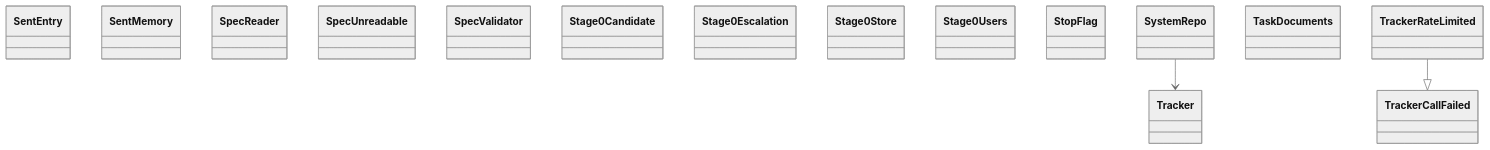
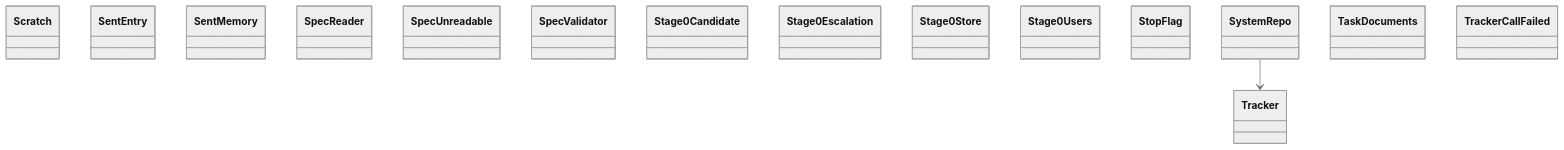
One commit to GonzaloZevallos/agentic-system changed the diagram in docs/architecture/generated/classes-process-application-support-6.md. Above: the diagram before and after it, drawn with Mermaid (neutral theme). The commit also changed other lines of this file and 11 other files, not shown here.

````diff
--- a/docs/architecture/generated/classes-process-application-support-6.md
+++ b/docs/architecture/generated/classes-process-application-support-6.md
@@ -20,20 +20,19 @@
 ```mermaid
 classDiagram
+    class ports__Scratch["Scratch"]
     class ports__SentEntry["SentEntry"]
     class ports__SentMemory["SentMemory"]
     class ports__SpecReader["SpecReader"]
     class ports__SpecUnreadable["SpecUnreadable"]
     class ports__SpecValidator["SpecValidator"]
     class ports__Stage0Candidate["Stage0Candidate"]
     class ports__Stage0Escalation["Stage0Escalation"]
     class ports__Stage0Store["Stage0Store"]
     class ports__Stage0Users["Stage0Users"]
     class ports__StopFlag["StopFlag"]
     class ports__SystemRepo["SystemRepo"]
     class ports__TaskDocuments["TaskDocuments"]
     class ports__Tracker["Tracker"]
     class ports__TrackerCallFailed["TrackerCallFailed"]
-    class ports__TrackerRateLimited["TrackerRateLimited"]
     ports__SystemRepo --> ports__Tracker
-    ports__TrackerRateLimited --|> ports__TrackerCallFailed
 ```
````
